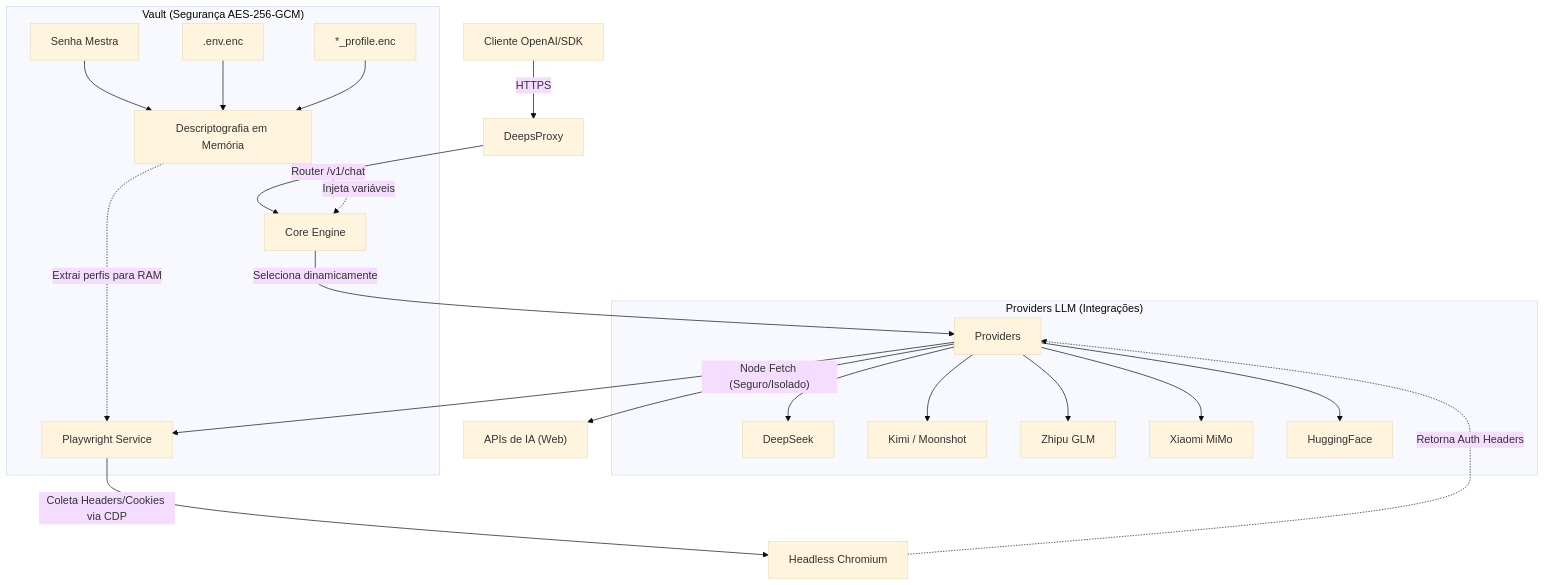
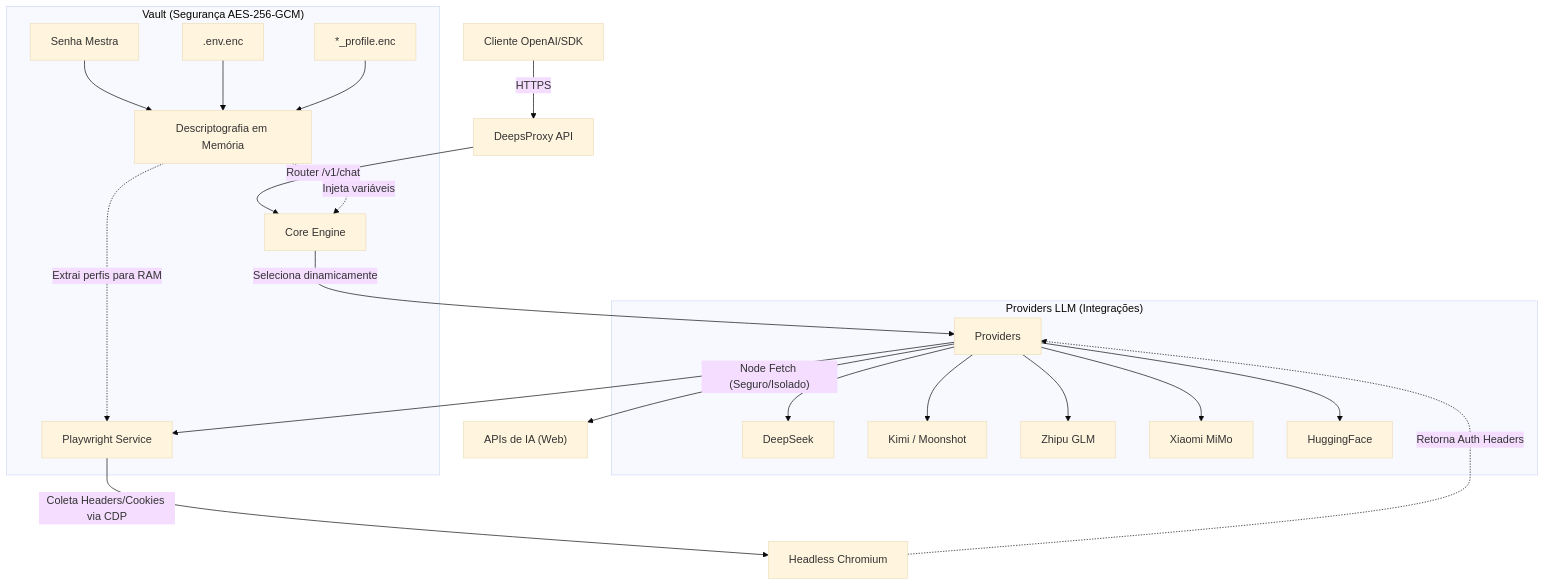
The diagram in README.md (Altaeir-13/Synapse), drawn with Mermaid (base theme) before and after one commit. The commit also changed other lines of this file and 1 other file, not shown here.

Commit message:
docs: overhaul architecture documentation and security hardening protocols including Vault and network locking

````diff
--- a/README.md
+++ b/README.md
@@ -48,28 +47,28 @@
 ```mermaid
 graph TD
-    Client["Cliente OpenAI/SDK"] -->|HTTPS| Proxy["DeepsProxy"]
+    Client["Cliente OpenAI/SDK"] -->|HTTPS| Proxy["DeepsProxy API"]
     Proxy -->|"Router /v1/chat"| Engine["Core Engine"]
     
     subgraph "Vault (Segurança AES-256-GCM)"
         Password["Senha Mestra"] --> VaultCore["Descriptografia em Memória"]
         EnvEnc[".env.enc"] --> VaultCore
         ProfEnc["*_profile.enc"] --> VaultCore
         VaultCore -.->|"Extrai perfis para RAM"| Playwright["Playwright Service"]
         VaultCore -.->|"Injeta variáveis"| Engine
     end
     
     Engine -->|"Seleciona dinamicamente"| Providers
     
     subgraph "Providers LLM (Integrações)"
         Providers --> DS["DeepSeek"]
         Providers --> Kimi["Kimi / Moonshot"]
         Providers --> GLM["Zhipu GLM"]
         Providers --> MiMo["Xiaomi MiMo"]
         Providers --> HF["HuggingFace"]
     end
 
     Providers --> Playwright
     Playwright -->|"Coleta Headers/Cookies via CDP"| Browser["Headless Chromium"]
     Browser -.->|"Retorna Auth Headers"| Providers
     Providers -->|"Node Fetch (Seguro/Isolado)"| APIExterna["APIs de IA (Web)"]
 ```
````
